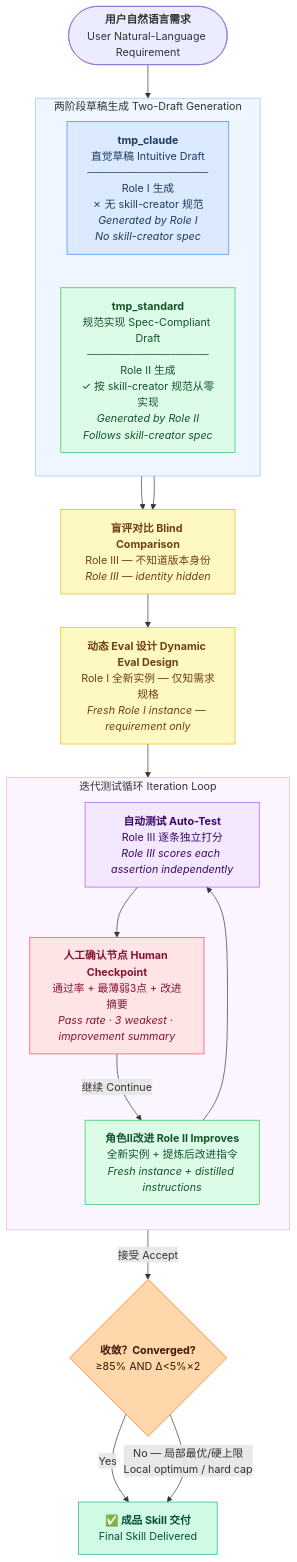
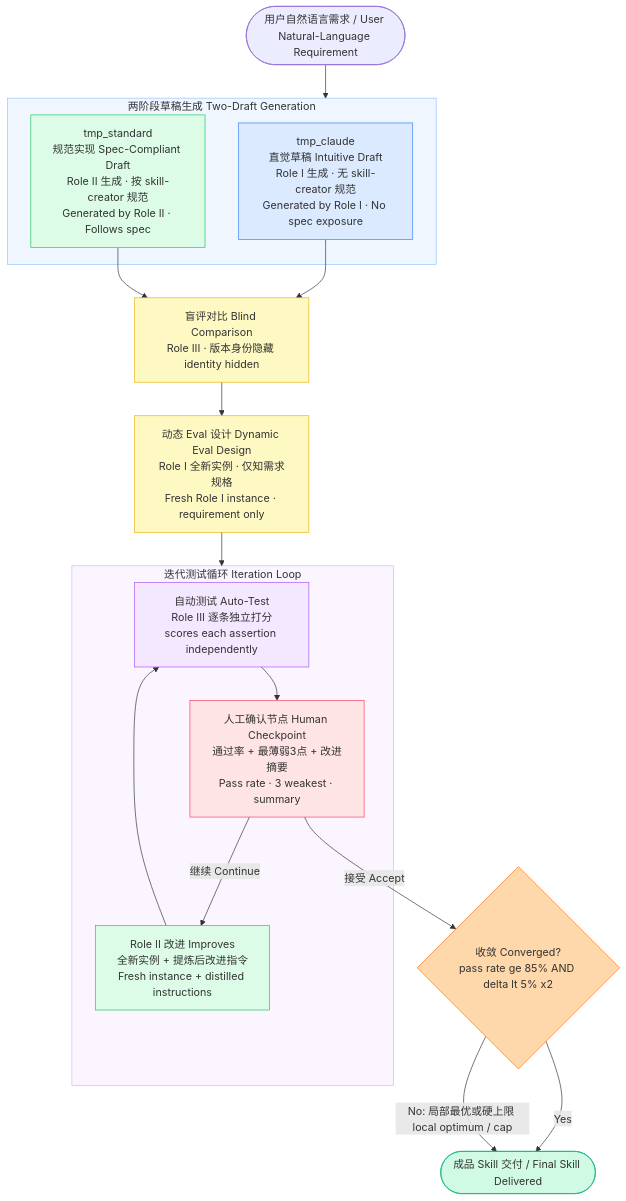
Before and after one commit to C-h-o-n-g/skill-cooker: the diagram in README.md, drawn with Mermaid.

Commit message:
fix: replace mermaid diagram with github-compatible syntax

````diff
--- a/README.md
+++ b/README.md
@@ -30,75 +30,47 @@
 ```mermaid
 flowchart TD
-    USER(["`**用户自然语言需求**
-    User Natural-Language Requirement`"])
+    USER([用户自然语言需求 / User Natural-Language Requirement])
 
-    subgraph GEN["两阶段草稿生成 Two-Draft Generation"]
-        direction LR
-        TC["`**tmp_claude**
-        直觉草稿 Intuitive Draft
-        ────────────────
-        Role I 生成
-        ✗ 无 skill-creator 规范
-        *Generated by Role I*
-        *No skill-creator spec*`"]
-
-        TS["`**tmp_standard**
-        规范实现 Spec-Compliant Draft
-        ────────────────
-        Role II 生成
-        ✓ 按 skill-creator 规范从零实现
-        *Generated by Role II*
-        *Follows skill-creator spec*`"]
+    subgraph GEN[两阶段草稿生成 Two-Draft Generation]
+        TC["tmp_claude<br/>直觉草稿 Intuitive Draft<br/>Role I 生成 · 无 skill-creator 规范<br/>Generated by Role I · No spec exposure"]
+        TS["tmp_standard<br/>规范实现 Spec-Compliant Draft<br/>Role II 生成 · 按 skill-creator 规范<br/>Generated by Role II · Follows spec"]
     end
 
-    BLIND["`**盲评对比 Blind Comparison**
-    Role III — 不知道版本身份
-    *Role III — identity hidden*`"]
+    BLIND["盲评对比 Blind Comparison<br/>Role III · 版本身份隐藏 identity hidden"]
 
-    EVAL["`**动态 Eval 设计 Dynamic Eval Design**
-    Role I 全新实例 — 仅知需求规格
-    *Fresh Role I instance — requirement only*`"]
+    EVAL["动态 Eval 设计 Dynamic Eval Design<br/>Role I 全新实例 · 仅知需求规格<br/>Fresh Role I instance · requirement only"]
 
-    subgraph ITER["迭代测试循环 Iteration Loop"]
-        direction TB
-        TEST["`**自动测试 Auto-Test**
-        Role III 逐条独立打分
-        *Role III scores each assertion independently*`"]
-        HUMAN["`**人工确认节点 Human Checkpoint**
-        通过率 + 最薄弱3点 + 改进摘要
-        *Pass rate · 3 weakest · improvement summary*`"]
-        IMPROVE["`**角色II改进 Role II Improves**
-        全新实例 + 提炼后改进指令
-        *Fresh instance + distilled instructions*`"]
+    subgraph ITER[迭代测试循环 Iteration Loop]
+        TEST["自动测试 Auto-Test<br/>Role III 逐条独立打分<br/>scores each assertion independently"]
+        HUMAN["人工确认节点 Human Checkpoint<br/>通过率 + 最薄弱3点 + 改进摘要<br/>Pass rate · 3 weakest · summary"]
+        IMPROVE["Role II 改进 Improves<br/>全新实例 + 提炼后改进指令<br/>Fresh instance + distilled instructions"]
         TEST --> HUMAN
         HUMAN -->|继续 Continue| IMPROVE
         IMPROVE --> TEST
     end
 
-    CONVERGE{"`**收敛？Converged?**
-    ≥85% AND Δ<5%×2`"}
+    CONVERGE{收敛 Converged?<br/>pass rate ge 85% AND delta lt 5% x2}
 
-    FINAL["`**✅ 成品 Skill 交付**
-    Final Skill Delivered`"]
+    FINAL([成品 Skill 交付 / Final Skill Delivered])
 
     USER --> GEN
-    TC & TS --> BLIND
+    TC --> BLIND
+    TS --> BLIND
     BLIND --> EVAL
     EVAL --> ITER
     HUMAN -->|接受 Accept| CONVERGE
     CONVERGE -->|Yes| FINAL
-    CONVERGE -->|No — 局部最优/硬上限
-Local optimum / hard cap| FINAL
+    CONVERGE -->|No: 局部最优或硬上限 local optimum / cap| FINAL
 
-    style TC fill:#dbeafe,stroke:#3b82f6,color:#1e3a5f
-    style TS fill:#dcfce7,stroke:#22c55e,color:#14532d
-    style BLIND fill:#fef9c3,stroke:#eab308,color:#713f12
-    style EVAL fill:#fef9c3,stroke:#eab308,color:#713f12
-    style TEST fill:#f3e8ff,stroke:#a855f7,color:#3b0764
-    style HUMAN fill:#ffe4e6,stroke:#f43f5e,color:#881337
-    style IMPROVE fill:#dcfce7,stroke:#22c55e,color:#14532d
-    style CONVERGE fill:#fed7aa,stroke:#f97316,color:#431407
-    style FINAL fill:#d1fae5,stroke:#10b981,color:#064e3b
+    style TC fill:#dbeafe,stroke:#3b82f6
+    style TS fill:#dcfce7,stroke:#22c55e
+    style BLIND fill:#fef9c3,stroke:#eab308
+    style EVAL fill:#fef9c3,stroke:#eab308
+    style TEST fill:#f3e8ff,stroke:#a855f7
+    style HUMAN fill:#ffe4e6,stroke:#f43f5e
+    style IMPROVE fill:#dcfce7,stroke:#22c55e
+    style CONVERGE fill:#fed7aa,stroke:#f97316
+    style FINAL fill:#d1fae5,stroke:#10b981
     style GEN fill:#eff6ff,stroke:#93c5fd
     style ITER fill:#faf5ff,stroke:#d8b4fe
 ```
````
